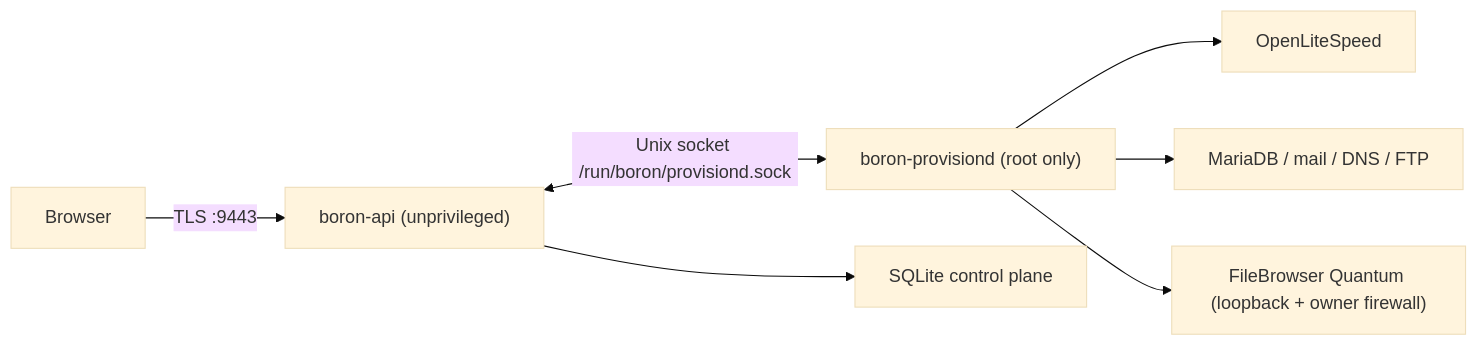
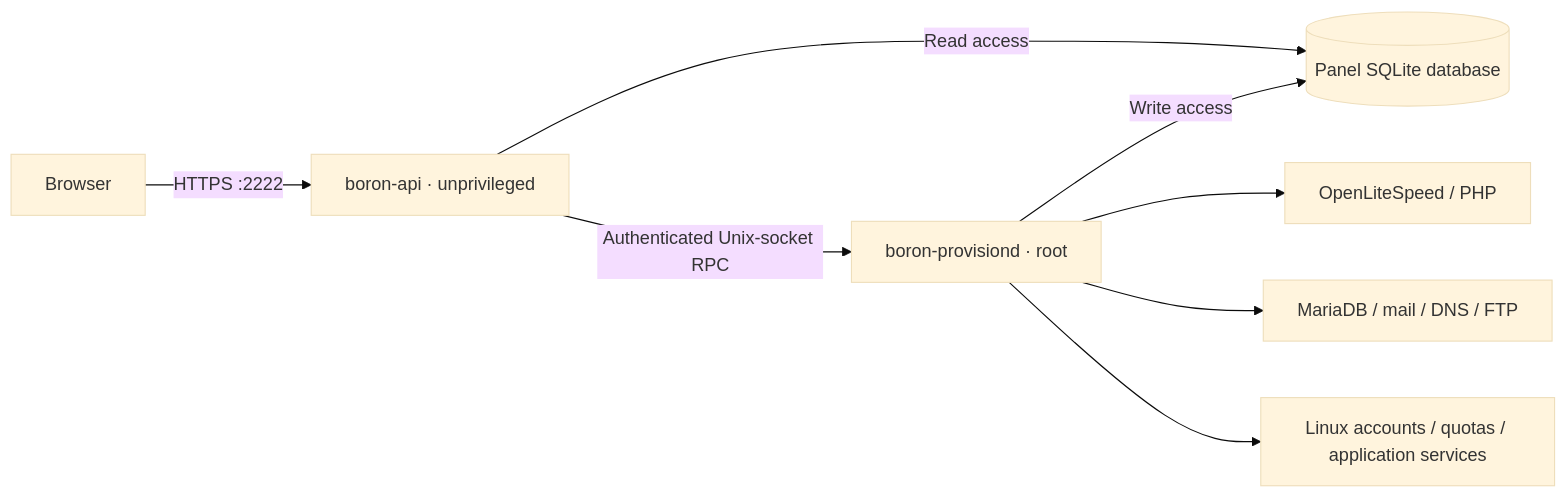
Before and after one commit to adityavs5/boronpanel: the diagram in README.md, drawn with Mermaid (base theme). The commit also changed other lines of this file, not shown here.

````diff
--- a/README.md
+++ b/README.md
@@ -103,9 +133,10 @@
-~~~mermaid
+```mermaid
 flowchart LR
-    B["Browser"] -->|TLS :9443| A["boron-api (unprivileged)"]
-    A <-->|Unix socket /run/boron/provisiond.sock| D["boron-provisiond (root only)"]
-    D --> O["OpenLiteSpeed"]
-    D --> M["MariaDB / mail / DNS / FTP"]
-    D --> F["FileBrowser Quantum (loopback + owner firewall)"]
-    A --> S["SQLite control plane"]
-~~~
+    Browser["Browser"] -->|"HTTPS :2222"| API["boron-api · unprivileged"]
+    API -->|"Authenticated Unix-socket RPC"| Helper["boron-provisiond · root"]
+    API -->|"Read access"| DB[("Panel SQLite database")]
+    Helper -->|"Write access"| DB
+    Helper --> Web["OpenLiteSpeed / PHP"]
+    Helper --> Services["MariaDB / mail / DNS / FTP"]
+    Helper --> Accounts["Linux accounts / quotas / application services"]
+```
````
